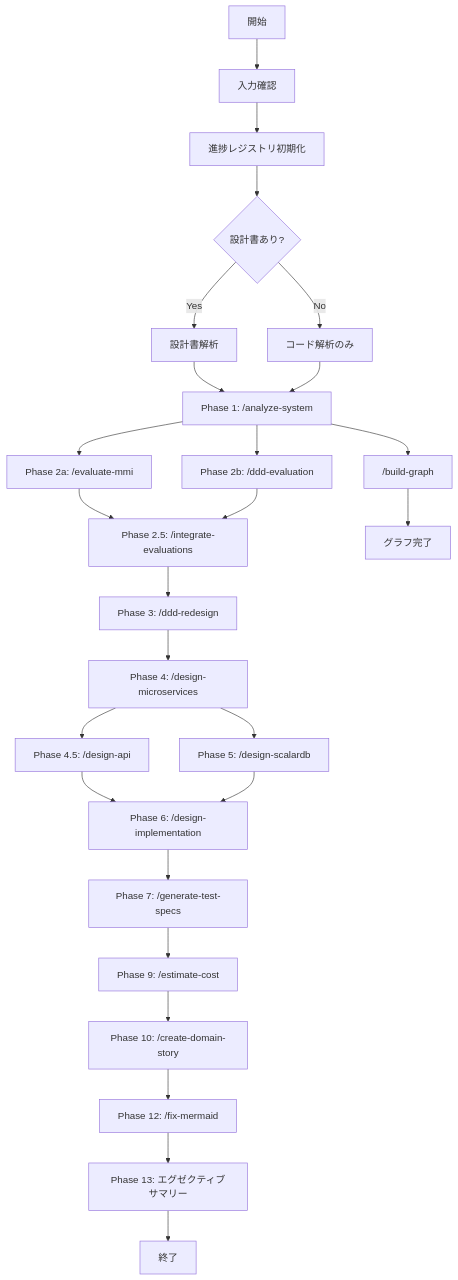
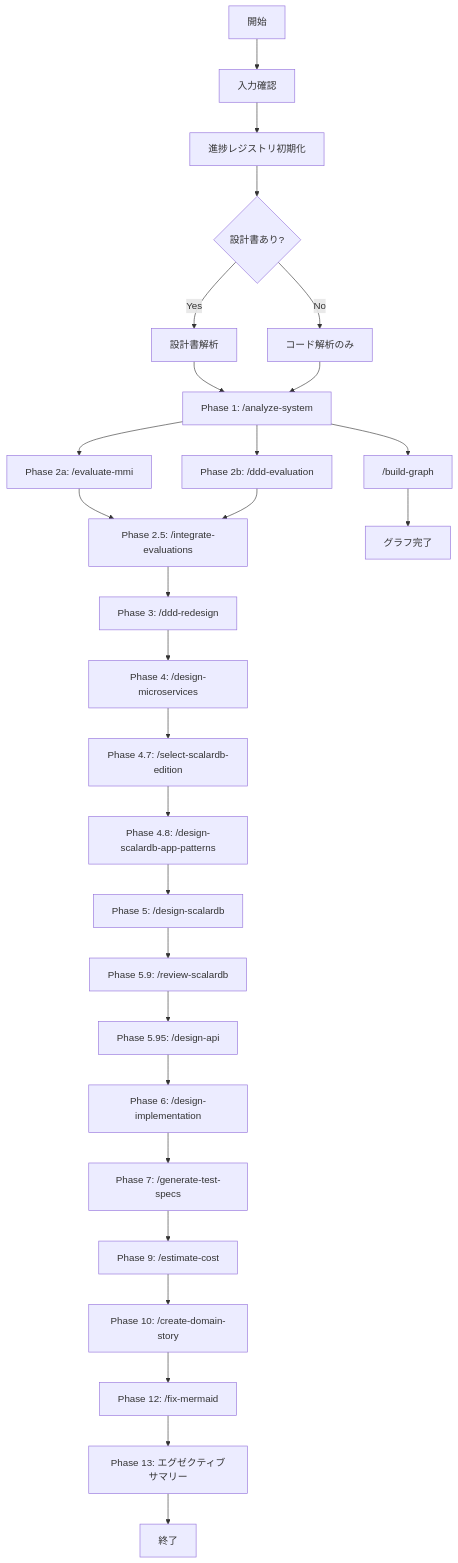
Before and after one commit to wfukatsu/rearchitect-agent: the diagram in .claude/skills/refactor-system/SKILL.md, drawn with Mermaid. The commit also changed other lines of this file and 17 other files, not shown here.

First line of the commit message:
Add ScalarDB Edition-Aware support, AskUserQuestion integration, and review fixes

````diff
--- a/.claude/skills/refactor-system/SKILL.md
+++ b/.claude/skills/refactor-system/SKILL.md
@@ -137,29 +137,31 @@
 ```mermaid
 graph TD
     A["開始"] --> B["入力確認"]
     B --> PR["進捗レジストリ初期化"]
     PR --> C{"設計書あり?"}
     C -->|Yes| D["設計書解析"]
     C -->|No| E["コード解析のみ"]
     D --> F["Phase 1: /analyze-system"]
     E --> F
     F --> G["Phase 2a: /evaluate-mmi"]
     F --> G2["Phase 2b: /ddd-evaluation"]
     G --> H["Phase 2.5: /integrate-evaluations"]
     G2 --> H
     H --> I["Phase 3: /ddd-redesign"]
     I --> J["Phase 4: /design-microservices"]
-    J --> K["Phase 4.5: /design-api"]
-    J --> L["Phase 5: /design-scalardb"]
+    J --> K47["Phase 4.7: /select-scalardb-edition"]
+    K47 --> K48["Phase 4.8: /design-scalardb-app-patterns"]
+    K48 --> L["Phase 5: /design-scalardb"]
+    L --> K59["Phase 5.9: /review-scalardb"]
+    K59 --> K["Phase 5.95: /design-api"]
     K --> IMPL["Phase 6: /design-implementation"]
-    L --> IMPL
     IMPL --> TEST["Phase 7: /generate-test-specs"]
     TEST --> M["Phase 9: /estimate-cost"]
     M --> N["Phase 10: /create-domain-story"]
     N --> MV["Phase 12: /fix-mermaid"]
     MV --> O["Phase 13: エグゼクティブサマリー"]
     O --> P["終了"]
 
     F --> BG["/build-graph"]
     BG --> Q["グラフ完了"]
 ```
````
